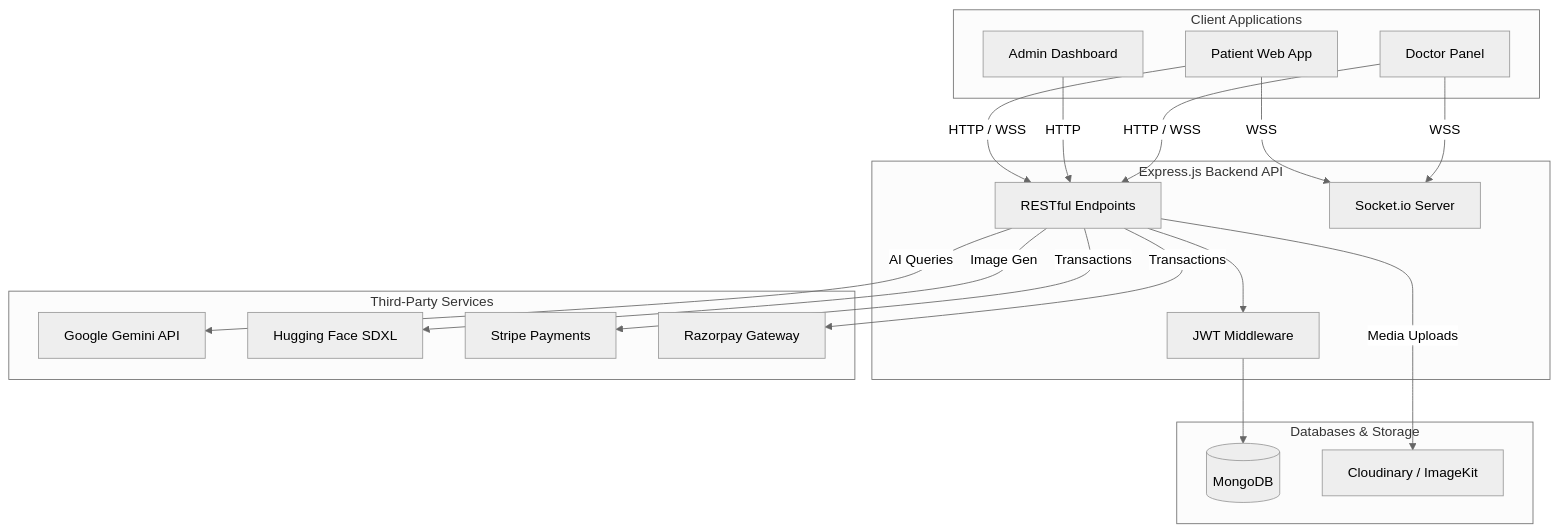
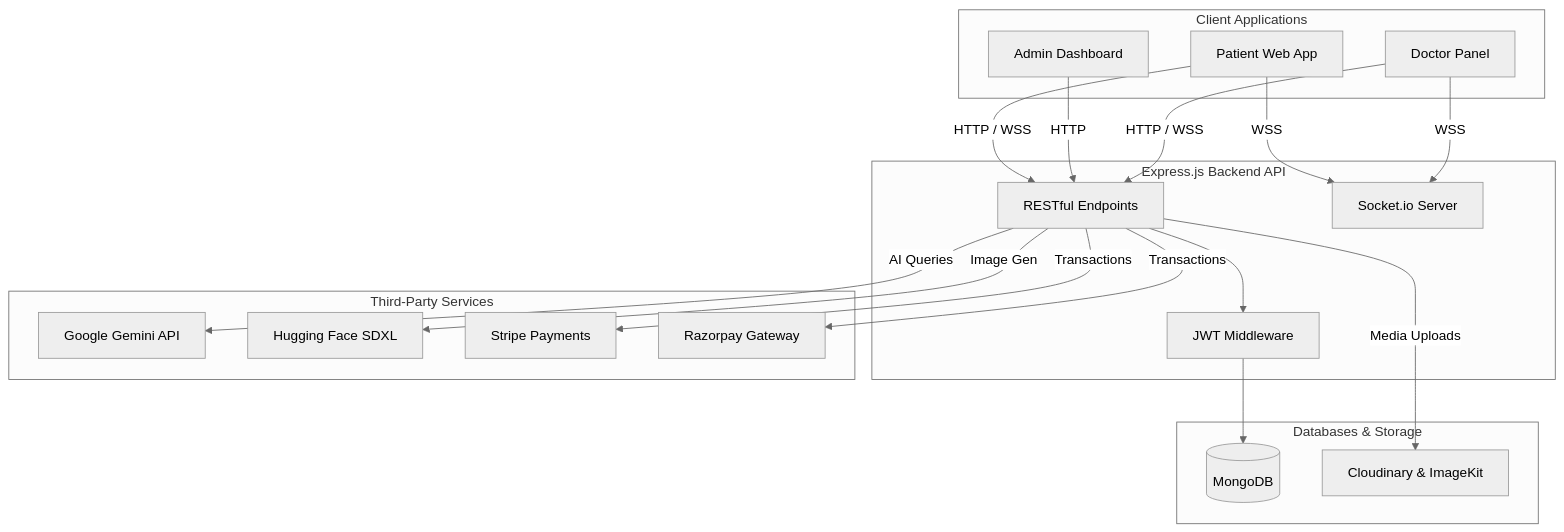
One commit to rishisinghal01/Prescripito changed the diagram in README.md. Above: the diagram before and after it, drawn with Mermaid (neutral theme).

Commit message:
chore: add quotes to Mermaid labels in README for better parsing compatibility

````diff
--- a/README.md
+++ b/README.md
@@ -57,46 +57,46 @@
 ```mermaid
 graph TD
     %% Portals
     subgraph Clients ["Client Applications"]
-        P[Patient Web App]
-        A[Admin Dashboard]
-        D[Doctor Panel]
+        P["Patient Web App"]
+        A["Admin Dashboard"]
+        D["Doctor Panel"]
     end
 
     %% Backend Service
     subgraph Server ["Express.js Backend API"]
-        API[RESTful Endpoints]
-        WS[Socket.io Server]
-        Auth[JWT Middleware]
+        API["RESTful Endpoints"]
+        WS["Socket.io Server"]
+        Auth["JWT Middleware"]
     end
 
     %% Databases
     subgraph Data ["Databases & Storage"]
-        DB[(MongoDB)]
-        Cloud[Cloudinary / ImageKit]
+        DB[("MongoDB")]
+        Cloud["Cloudinary & ImageKit"]
     end
 
     %% External Services
     subgraph Integrations ["Third-Party Services"]
-        Gemini[Google Gemini API]
-        HF[Hugging Face SDXL]
-        Stripe[Stripe Payments]
-        Razorpay[Razorpay Gateway]
+        Gemini["Google Gemini API"]
+        HF["Hugging Face SDXL"]
+        Stripe["Stripe Payments"]
+        Razorpay["Razorpay Gateway"]
     end
 
     %% Communication Flows
-    P -->|HTTP / WSS| API
-    P -->|WSS| WS
-    A -->|HTTP| API
-    D -->|HTTP / WSS| API
-    D -->|WSS| WS
+    P -->|"HTTP / WSS"| API
+    P -->|"WSS"| WS
+    A -->|"HTTP"| API
+    D -->|"HTTP / WSS"| API
+    D -->|"WSS"| WS
     
     API --> Auth
     Auth --> DB
     
-    API -->|Media Uploads| Cloud
-    API -->|AI Queries| Gemini
-    API -->|Image Gen| HF
-    API -->|Transactions| Stripe
-    API -->|Transactions| Razorpay
+    API -->|"Media Uploads"| Cloud
+    API -->|"AI Queries"| Gemini
+    API -->|"Image Gen"| HF
+    API -->|"Transactions"| Stripe
+    API -->|"Transactions"| Razorpay
 ```
````
